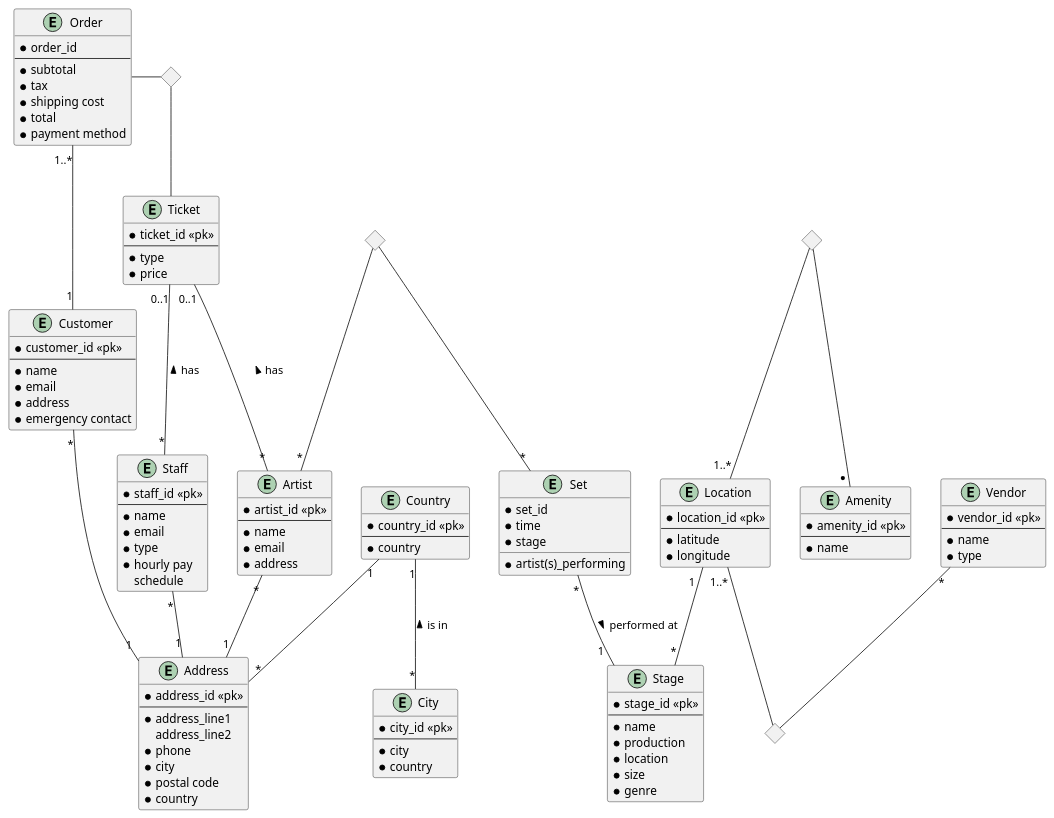
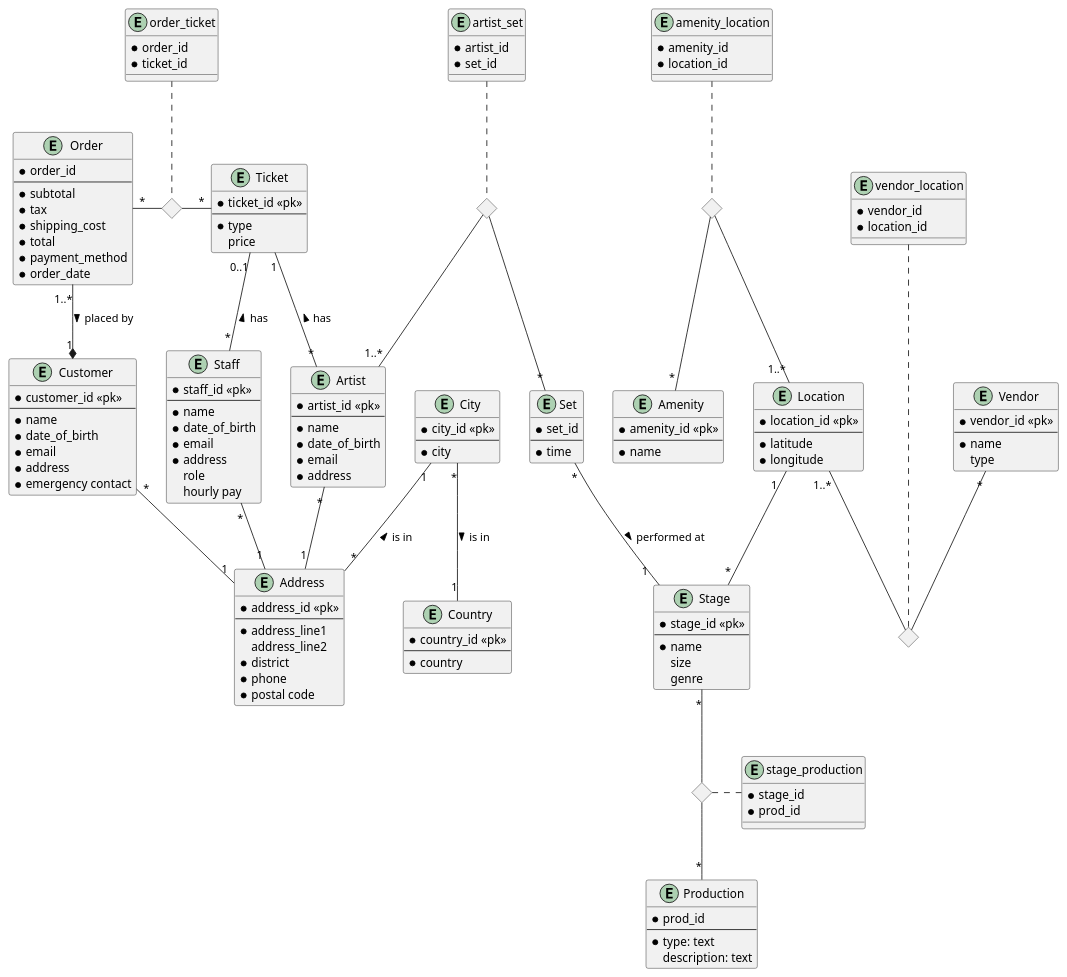
Before and after one commit to tristandasilva/cosmic_queries: the diagram in logical_2395018_1887026.md, drawn with PlantUML. The commit also changed 1 other file, not shown here.

Commit message:
Updates to logical and physical diagrams

````diff
--- a/logical_2395018_1887026.md
+++ b/logical_2395018_1887026.md
@@ -7,7 +7,7 @@
     * ticket_id <<pk>>
     --
     * type
-    * price
+    price
 }
 
 entity Order {
@@ -15,15 +15,17 @@
     --
     * subtotal
     * tax
-    * shipping cost
+    * shipping_cost
     * total
-    * payment method
+    * payment_method
+    * order_date
 }
 
 entity Customer {
     * customer_id <<pk>>
     --
     * name
+    * date_of_birth
     * email
     * address
     * emergency contact
@@ -33,6 +35,7 @@
     * artist_id <<pk>>
     --
     * name
+    * date_of_birth
     * email
     * address
 }
@@ -41,27 +44,26 @@
     * staff_id <<pk>>
     --
     * name
+    * date_of_birth
     * email
-    * type
-    * hourly pay
-    schedule
+    * address
+    role
+    hourly pay
 }
 
 entity Stage {
     * stage_id <<pk>>
     --
     * name
-    * production
-    * location
-    * size
-    * genre
+    size
+    genre
 }
 
 entity Vendor {
     * vendor_id <<pk>>
     --
     * name
-    * type
+    type
 }
 
 entity Address {
@@ -69,10 +71,9 @@
     --
     * address_line1
     address_line2
+    * district
     * phone
-    * city
     * postal code
-    * country
 }
 
 entity Country {
@@ -85,7 +86,6 @@
     * city_id <<pk>>
     --
     * city
-    * country
 }
 
 entity Location {
@@ -103,40 +103,72 @@
 
 entity Set {
     * set_id
+    --
     * time
-    * artist(s)_performing
-    * stage
+}
+
+entity Production {
+    * prod_id
+    --
+    * type: text
+    description: text
+}
+
+entity stage_production {
+    * stage_id
+    * prod_id
+}
+
+entity artist_set {
+    * artist_id
+    * set_id
+}
+
+entity order_ticket {
+    * order_id
+    * ticket_id
+}
+
+entity amenity_location {
+    * amenity_id
+    * location_id
+}
+entity vendor_location {
+    * vendor_id
+    * location_id
 }
 
 <> artist_set_diamond
 <> vendor_location_diamond
 <> amenity_location_diamond
 <> order_ticket_diamond
+<> stage_production_diamond
 
-Order - order_ticket_diamond
-order_ticket_diamond -- Ticket
-Order "1..*" -- "1" Customer
-'Order -- "*" Ticket
-'Ticket "1..*" -- "1" Customer: buys <
-Ticket "0..1" -- "*" Artist: has <
+Order "*" - order_ticket_diamond
+order_ticket_diamond - "*" Ticket
+Order "1..*" --* "1" Customer: placed by >
+Ticket "1" -- "*" Artist: has <
 Ticket "0..1" -- "*" Staff: has <
-'Stage "1..*" -- "1..*" Artist: performs at <
 Location "1  " -- "*" Stage
-'Location "1..*" -- "*" Vendor
-'Location "1..*" -- "*" Amenity
+Stage "*" -- stage_production_diamond
+stage_production_diamond -- "*" Production
+stage_production_diamond . stage_production
 Artist "*" -- "1" Address
 Staff "*" -- "1" Address
 Customer "*" -- "1" Address
-Country "1" -- "*" Address
-Country "1" -- "*" City: is in <
+City "1" -- "*" Address: is in <
+City "*" -- "1" Country: is in >
 Set "*" -- "1  " Stage: performed at >
-'Set "*" -- "*" Artist
-artist_set_diamond -- "*" Artist
+artist_set_diamond -- "1..*" Artist
 artist_set_diamond -- "*" Set
 Vendor "*" -- vendor_location_diamond
-Location "  1..*" -- vendor_location_diamond
-amenity_location_diamond -- "* " Amenity
+Location "1..*" -- vendor_location_diamond
+amenity_location_diamond -- "     *" Amenity
 amenity_location_diamond -- "1..*" Location
+artist_set .. artist_set_diamond
+order_ticket .. order_ticket_diamond
+amenity_location .. amenity_location_diamond
+vendor_location ... vendor_location_diamond
 
 @enduml
 ```
````
